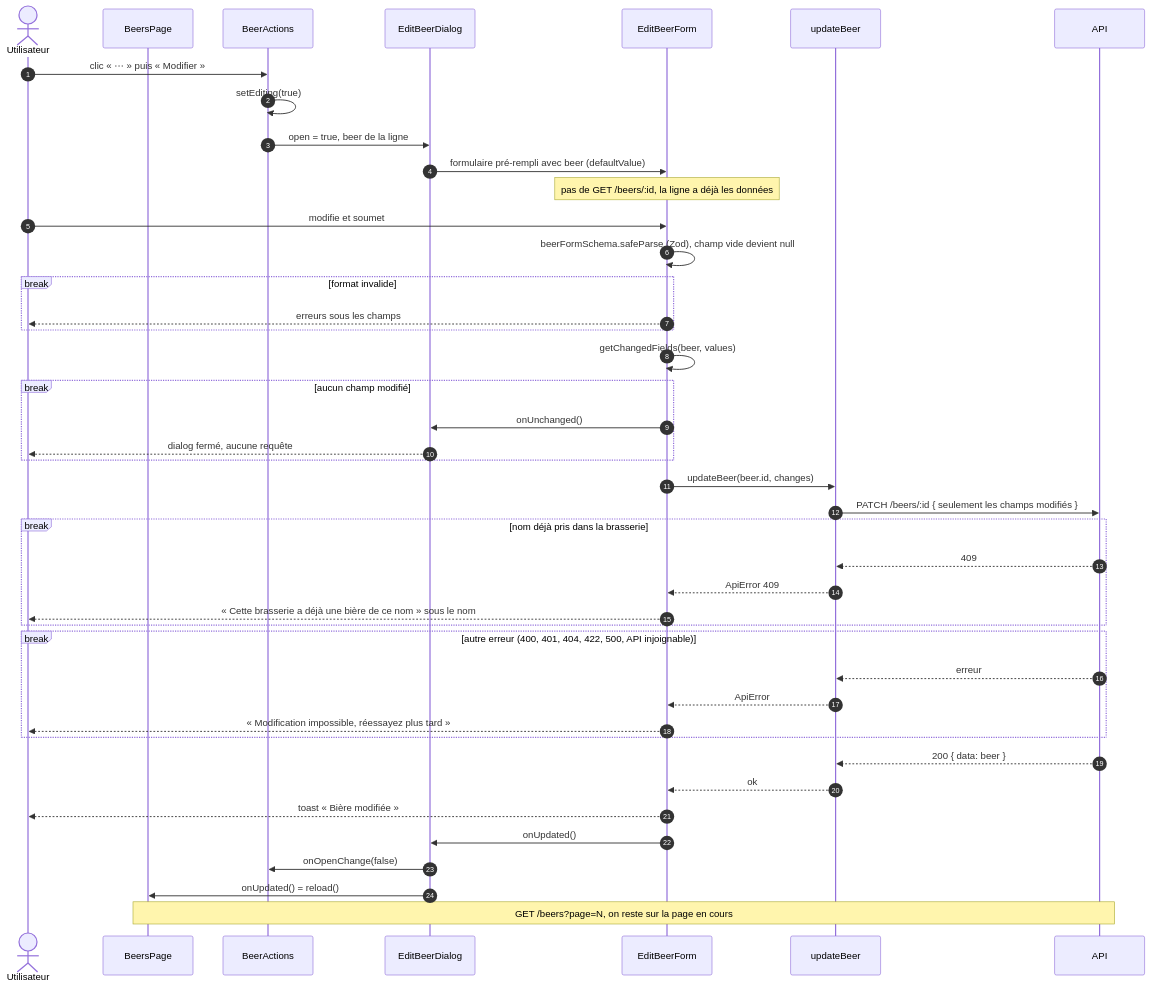
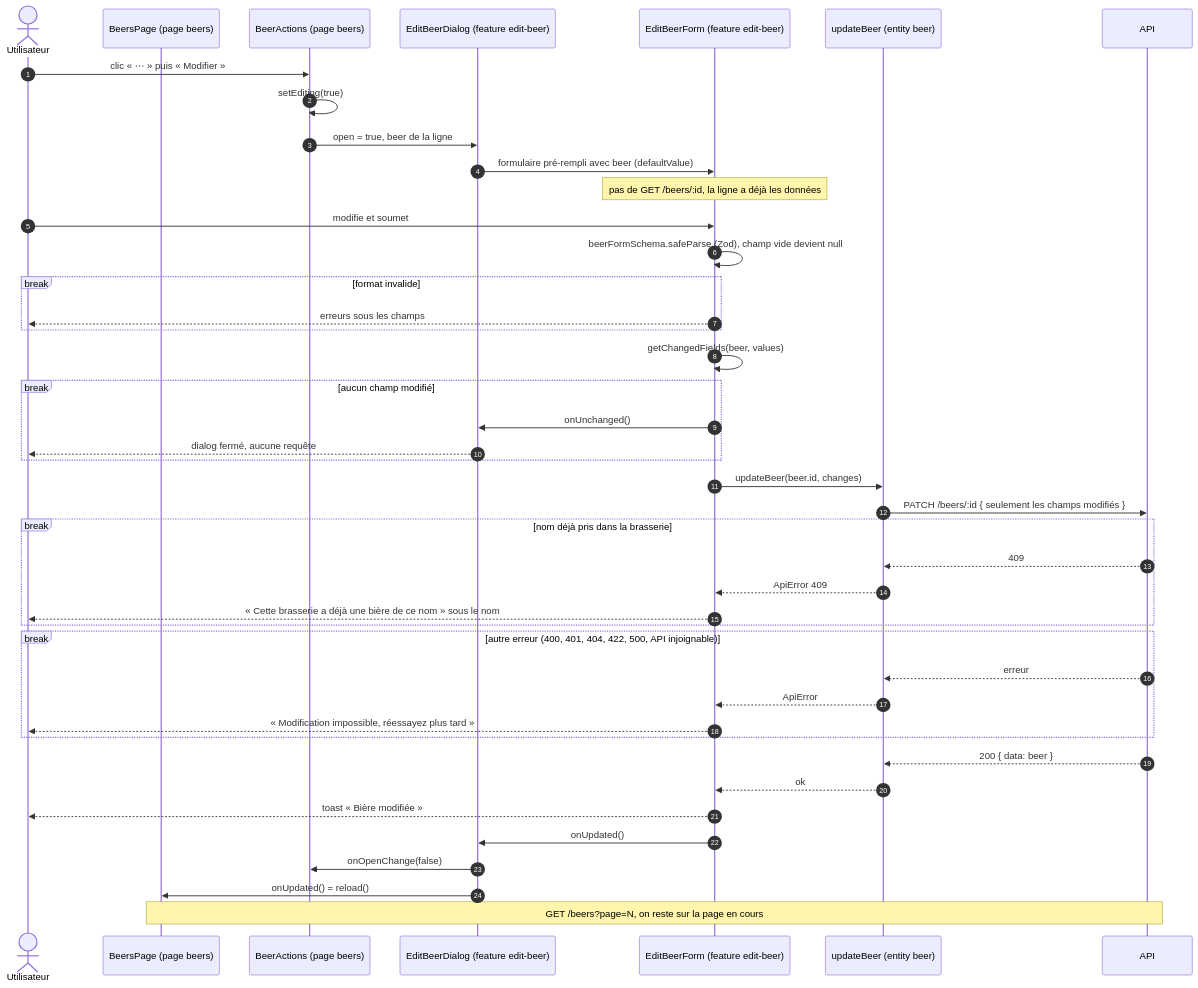
Before and after one commit to SIMPLON-DIST-CDA-260316/zythologue_julien_lemarchand: the diagram in apps/client/docs/diagrams/edit-beer-sequence.md, drawn with Mermaid. The commit also changed other lines of this file and 3 other files, not shown here.

Commit message:
docs(client): couches FSD et choix de modélisation dans les diagrammes bières

````diff
--- a/apps/client/docs/diagrams/edit-beer-sequence.md
+++ b/apps/client/docs/diagrams/edit-beer-sequence.md
@@ -12,54 +12,54 @@
 ```mermaid
 sequenceDiagram
     autonumber
     actor U as Utilisateur
-    participant P as BeersPage
-    participant R as BeerActions
-    participant D as EditBeerDialog
-    participant F as EditBeerForm
-    participant A as updateBeer
+    participant P as BeersPage (page beers)
+    participant R as BeerActions (page beers)
+    participant D as EditBeerDialog (feature edit-beer)
+    participant F as EditBeerForm (feature edit-beer)
+    participant A as updateBeer (entity beer)
     participant API as API
 
     U->>R: clic « ⋯ » puis « Modifier »
     R->>R: setEditing(true)
     R->>D: open = true, beer de la ligne
     D->>F: formulaire pré-rempli avec beer (defaultValue)
     Note over F: pas de GET /beers/:id, la ligne a déjà les données
 
     U->>F: modifie et soumet
     F->>F: beerFormSchema.safeParse (Zod), champ vide devient null
 
     break format invalide
         F-->>U: erreurs sous les champs
     end
 
     F->>F: getChangedFields(beer, values)
 
     break aucun champ modifié
         F->>D: onUnchanged()
         D-->>U: dialog fermé, aucune requête
     end
 
     F->>A: updateBeer(beer.id, changes)
     A->>API: PATCH /beers/:id { seulement les champs modifiés }
 
     break nom déjà pris dans la brasserie
         API-->>A: 409
         A-->>F: ApiError 409
         F-->>U: « Cette brasserie a déjà une bière de ce nom » sous le nom
     end
 
     break autre erreur (400, 401, 404, 422, 500, API injoignable)
         API-->>A: erreur
         A-->>F: ApiError
         F-->>U: « Modification impossible, réessayez plus tard »
     end
 
     API-->>A: 200 { data: beer }
     A-->>F: ok
     F-->>U: toast « Bière modifiée »
     F->>D: onUpdated()
     D->>R: onOpenChange(false)
     D->>P: onUpdated() = reload()
     Note over P,API: GET /beers?page=N, on reste sur la page en cours
 ```
````
